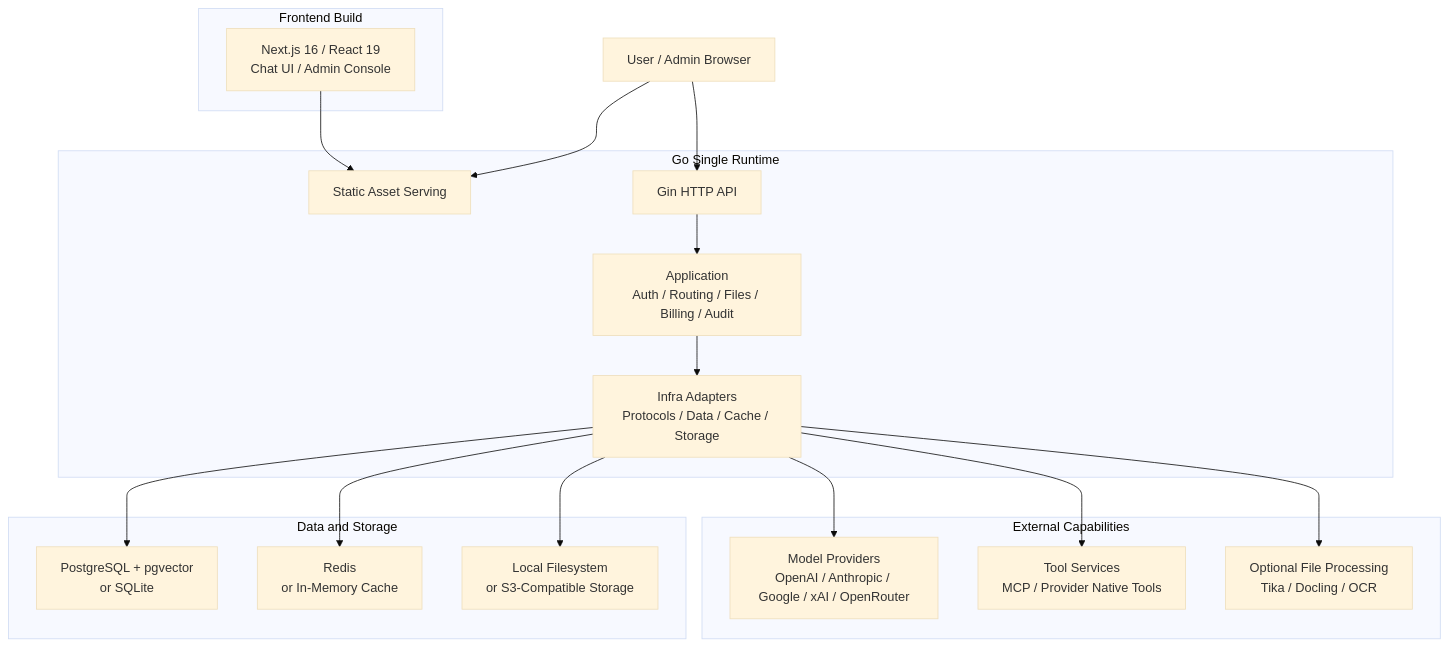
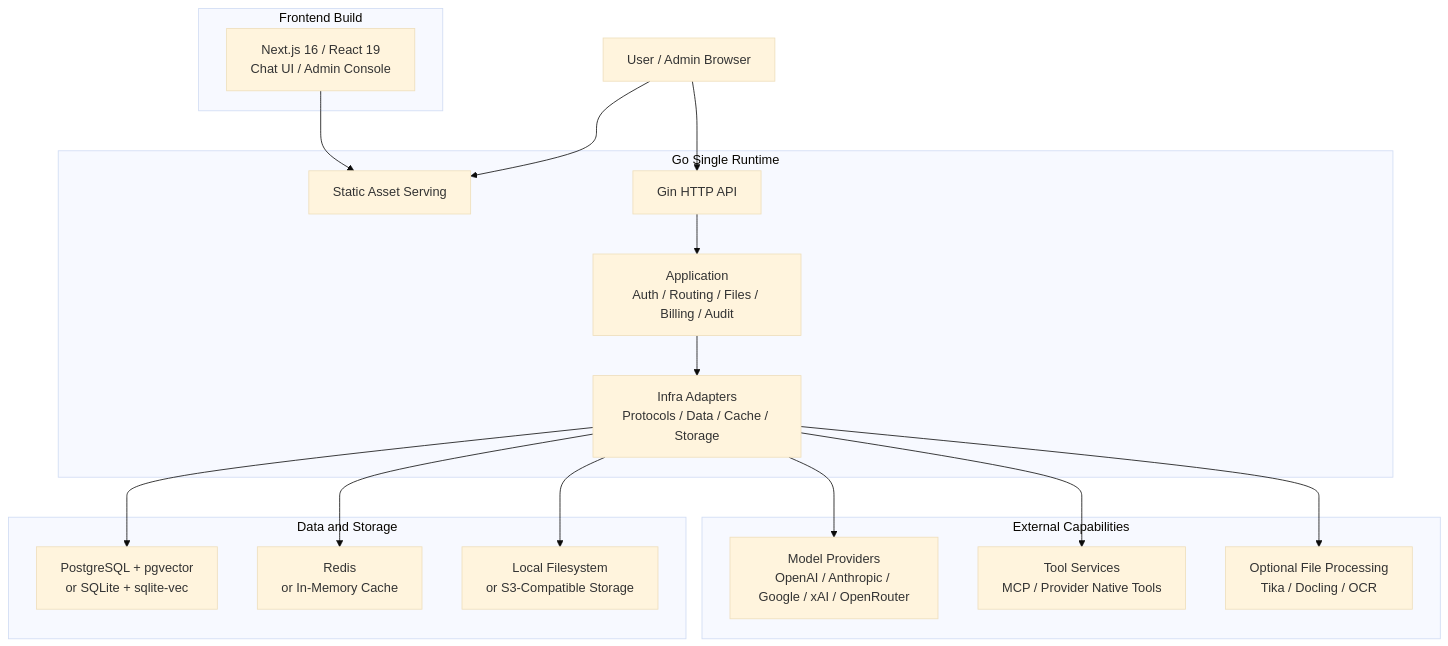
One commit to WangXingFan/CourseMate changed the diagram in README.md. Above: the diagram before and after it, drawn with Mermaid (base theme). The commit also changed other lines of this file and 33 other files, not shown here.

Commit message:
feat: enhance SQLite support by adding sqlite vec integration and update documentation

````diff
--- a/README.md
+++ b/README.md
@@ -64,39 +64,39 @@
 ```mermaid
 flowchart TB
   Browser["User / Admin Browser"]
 
   subgraph Frontend["Frontend Build"]
     Web["Next.js 16 / React 19<br/>Chat UI / Admin Console"]
   end
 
   subgraph Backend["Go Single Runtime"]
     Static["Static Asset Serving"]
     HTTP["Gin HTTP API"]
     App["Application<br/>Auth / Routing / Files / Billing / Audit"]
     Infra["Infra Adapters<br/>Protocols / Data / Cache / Storage"]
   end
 
   subgraph External["External Capabilities"]
     Providers["Model Providers<br/>OpenAI / Anthropic / Google / xAI / OpenRouter"]
     Tools["Tool Services<br/>MCP / Provider Native Tools"]
     Extractors["Optional File Processing<br/>Tika / Docling / OCR"]
   end
 
   subgraph Data["Data and Storage"]
-    DB["PostgreSQL + pgvector<br/>or SQLite"]
+    DB["PostgreSQL + pgvector<br/>or SQLite + sqlite-vec"]
     Cache["Redis<br/>or In-Memory Cache"]
     Storage["Local Filesystem<br/>or S3-Compatible Storage"]
   end
 
   Web --> Static
   Browser --> Static
   Browser --> HTTP
   HTTP --> App
   App --> Infra
   Infra --> Providers
   Infra --> Tools
   Infra --> Extractors
   Infra --> DB
   Infra --> Cache
   Infra --> Storage
 ```
````
